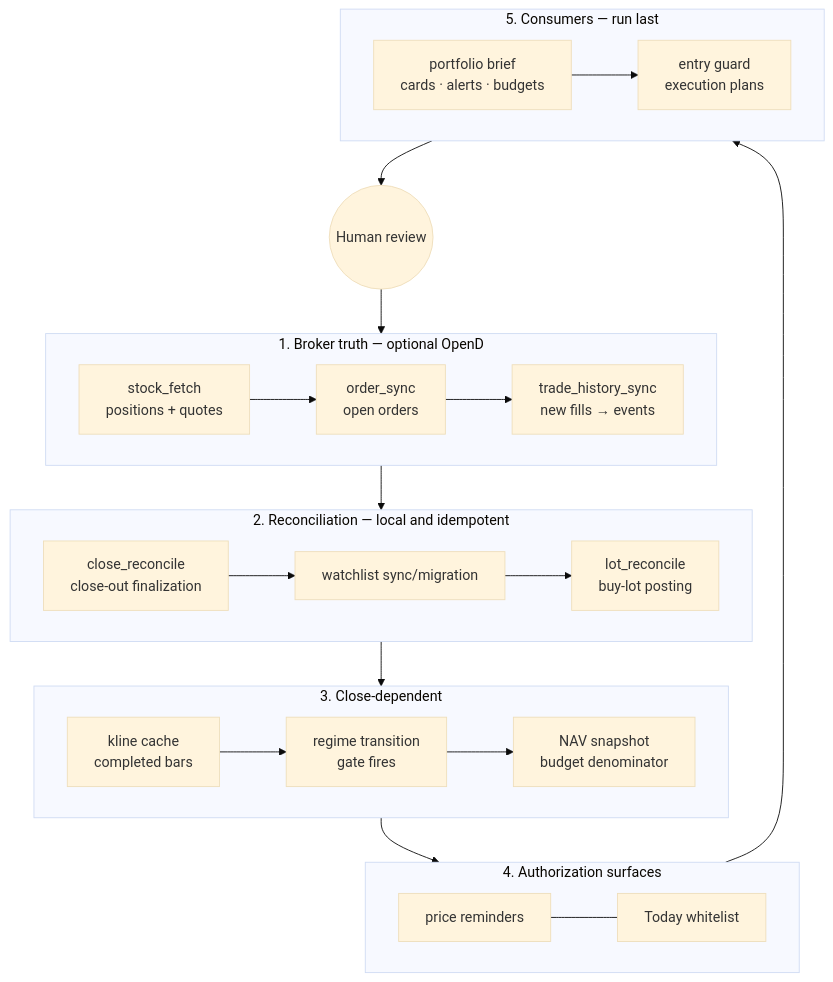
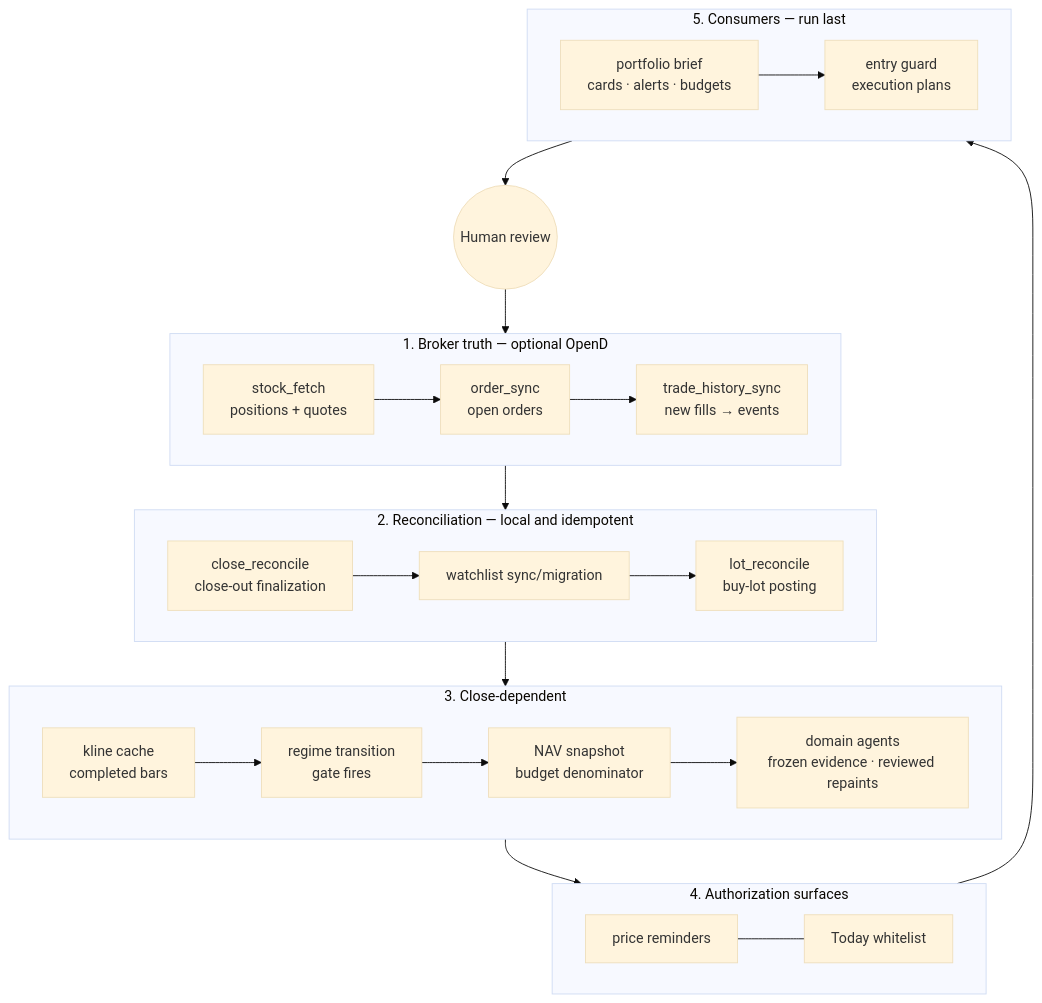
The fifth of 5 diagrams in README.md (Coreychen4444/coreytrading), drawn with Mermaid (base theme) before and after one commit. The commit also changed other lines of this file and 138 other files, not shown here.

````diff
--- a/README.md
+++ b/README.md
@@ -402,25 +403,25 @@
 ```mermaid
 flowchart TD
     subgraph S1["1. Broker truth — optional OpenD"]
         direction LR
         P1["stock_fetch<br/>positions + quotes"] --> P2["order_sync<br/>open orders"] --> P3["trade_history_sync<br/>new fills → events"]
     end
     subgraph S2["2. Reconciliation — local and idempotent"]
         direction LR
         P4["close_reconcile<br/>close-out finalization"] --> P5["watchlist sync/migration"] --> P6["lot_reconcile<br/>buy-lot posting"]
     end
     subgraph S3["3. Close-dependent"]
         direction LR
-        P7["kline cache<br/>completed bars"] --> P8["regime transition<br/>gate fires"] --> P9["NAV snapshot<br/>budget denominator"]
+        P7["kline cache<br/>completed bars"] --> P8["regime transition<br/>gate fires"] --> P9["NAV snapshot<br/>budget denominator"] --> P9b["domain agents<br/>frozen evidence · reviewed repaints"]
     end
     subgraph S4["4. Authorization surfaces"]
         direction LR
         P10["price reminders"] --- P11["Today whitelist"]
     end
     subgraph S5["5. Consumers — run last"]
         direction LR
         P12["portfolio brief<br/>cards · alerts · budgets"] --> P13["entry guard<br/>execution plans"]
     end
     S1 --> S2 --> S3 --> S4 --> S5
     S5 --> H(("Human review")) --> S1
 ```
````
